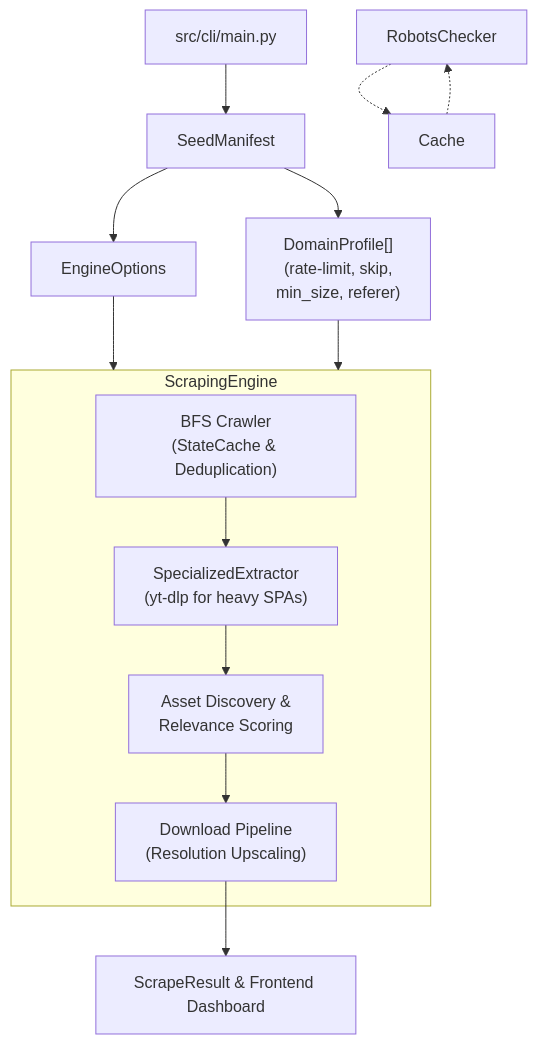
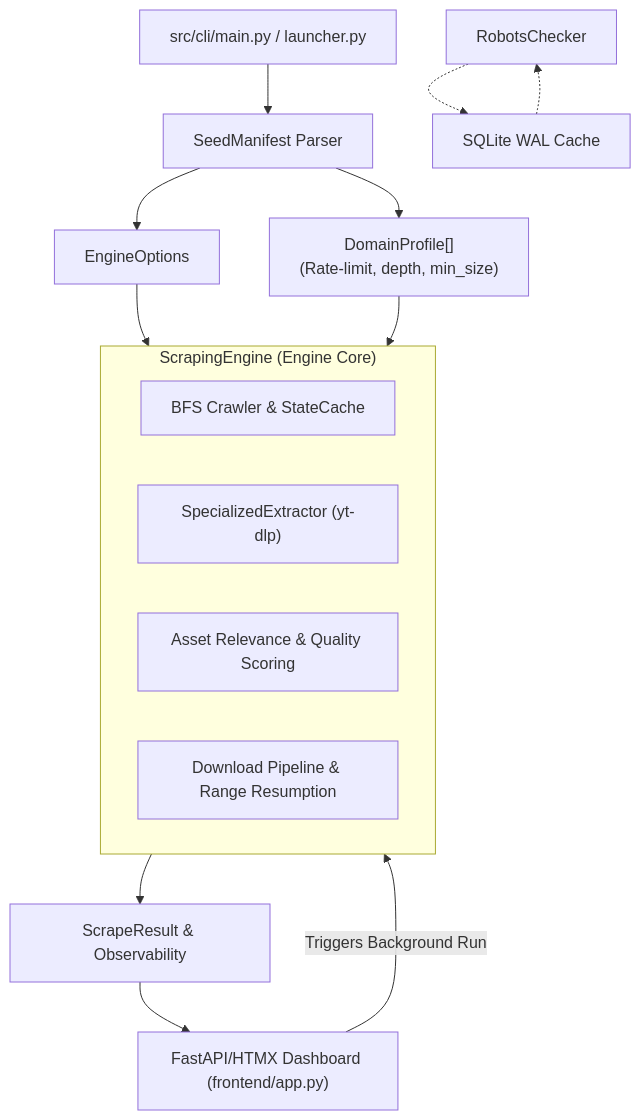
One commit to rhaffle87/scrAPE changed the diagram in README.md. Above: the diagram before and after it, drawn with Mermaid. The commit also changed other lines of this file, not shown here.

````diff
--- a/README.md
+++ b/README.md
@@ -156,21 +157,21 @@
 ```mermaid
 flowchart TD
-    MP["src/cli/main.py"] --> SM["SeedManifest"]
-    SM --> DP["DomainProfile[]<br/>(rate-limit, skip,<br/>min_size, referer)"]
+    CLI["src/cli/main.py / launcher.py"] --> SM["SeedManifest Parser"]
+    SM --> DP["DomainProfile[]<br/>(Rate-limit, depth, min_size)"]
     SM --> EO["EngineOptions"] --> SE["ScrapingEngine"]
     DP --> SE
 
-    subgraph SE["ScrapingEngine"]
-        BF["BFS Crawler<br/>(StateCache & Deduplication)"]
-        SPE["SpecializedExtractor<br/>(yt-dlp for heavy SPAs)"]
-        AD["Asset Discovery &amp;<br/>Relevance Scoring"]
-        DLP["Download Pipeline<br/>(Resolution Upscaling)"]
+    subgraph SE["ScrapingEngine (Engine Core)"]
+        BF["BFS Crawler &amp; StateCache"]
+        SPE["SpecializedExtractor (yt-dlp)"]
+        AS["Asset Relevance &amp; Quality Scoring"]
+        DLP["Download Pipeline &amp; Range Resumption"]
     end
 
-    RC["RobotsChecker"] -.-> C["Cache"]
+    RC["RobotsChecker"] -.-> C["SQLite WAL Cache"]
     C -.-> RC
 
-    SR["ScrapeResult & Frontend Dashboard"]
-
-    BF --> SPE --> AD --> DLP --> SR
+    FD["FastAPI/HTMX Dashboard (frontend/app.py)"]
+    SE --> SR["ScrapeResult &amp; Observability"] --> FD
+    FD -- Triggers Background Run --> SE
 ```
````
